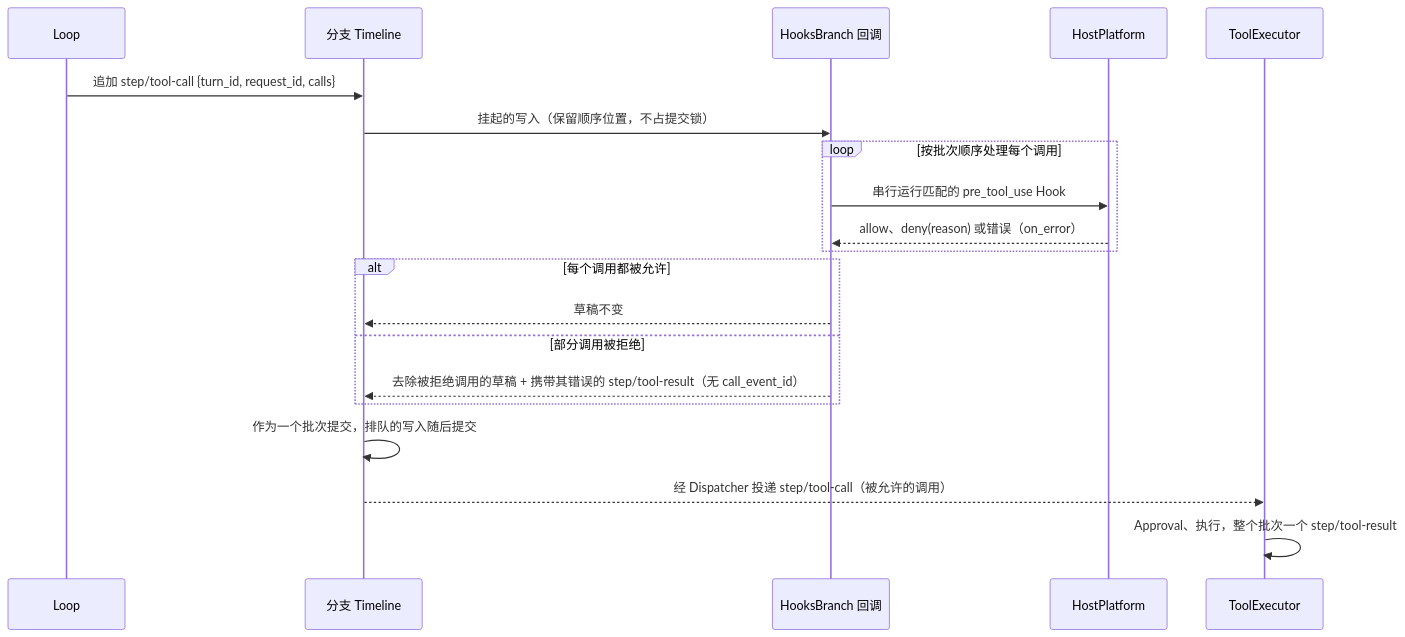
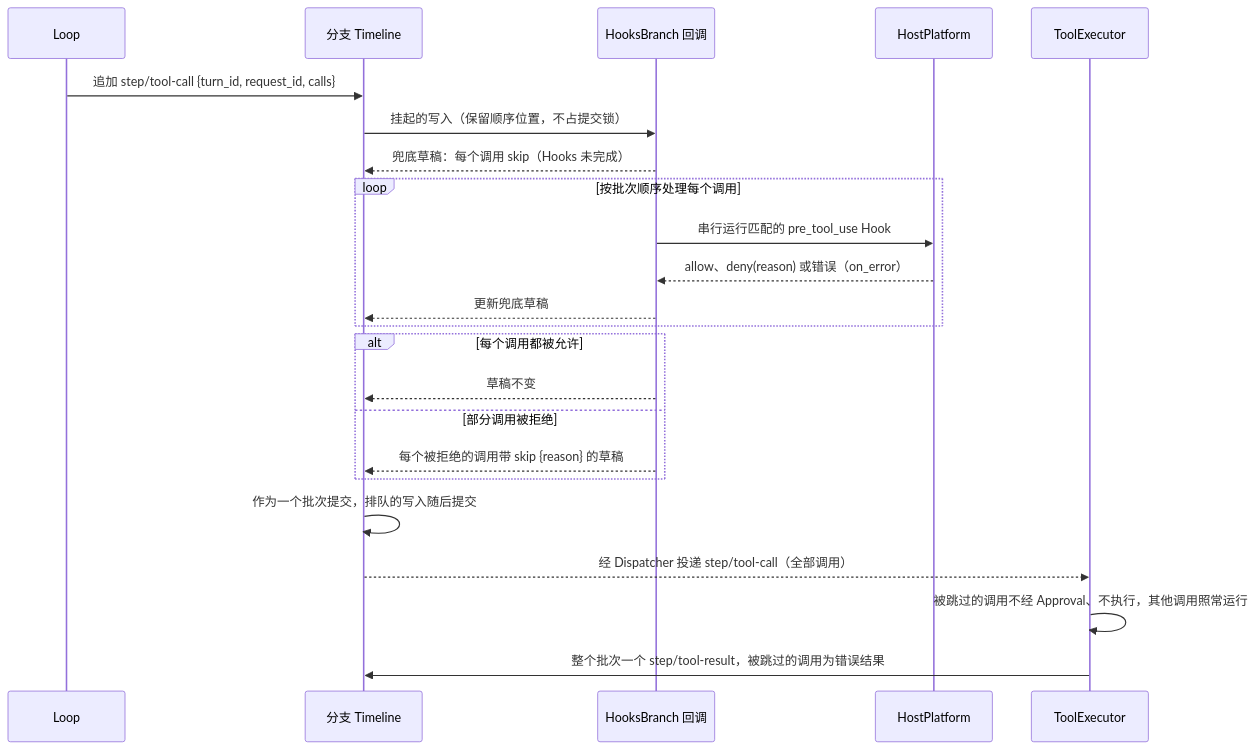
Before and after one commit to CoutinhoTTS/dim-agent: the third of 7 diagrams in docs/zh/design/plugins/Hooks.md, drawn with Mermaid. The commit also changed other lines of this file and 42 other files, not shown here.

````diff
--- a/docs/zh/design/plugins/Hooks.md
+++ b/docs/zh/design/plugins/Hooks.md
@@ -74,22 +74,25 @@
 ```mermaid
 sequenceDiagram
   participant LP as Loop
   participant TL as 分支 Timeline
   participant HB as HooksBranch 回调
   participant HP as HostPlatform
   participant TE as ToolExecutor
   LP->>TL: 追加 step/tool-call {turn_id, request_id, calls}
   TL->>HB: 挂起的写入（保留顺序位置，不占提交锁）
+  HB-->>TL: 兜底草稿：每个调用 skip（Hooks 未完成）
   loop 按批次顺序处理每个调用
     HB->>HP: 串行运行匹配的 pre_tool_use Hook
     HP-->>HB: allow、deny(reason) 或错误（on_error）
+    HB-->>TL: 更新兜底草稿
   end
   alt 每个调用都被允许
     HB-->>TL: 草稿不变
   else 部分调用被拒绝
-    HB-->>TL: 去除被拒绝调用的草稿 + 携带其错误的 step/tool-result（无 call_event_id）
+    HB-->>TL: 每个被拒绝的调用带 skip {reason} 的草稿
   end
   TL->>TL: 作为一个批次提交，排队的写入随后提交
-  TL-->>TE: 经 Dispatcher 投递 step/tool-call（被允许的调用）
-  TE->>TE: Approval、执行，整个批次一个 step/tool-result
+  TL-->>TE: 经 Dispatcher 投递 step/tool-call（全部调用）
+  TE->>TE: 被跳过的调用不经 Approval、不执行，其他调用照常运行
+  TE->>TL: 整个批次一个 step/tool-result，被跳过的调用为错误结果
 ```
````
